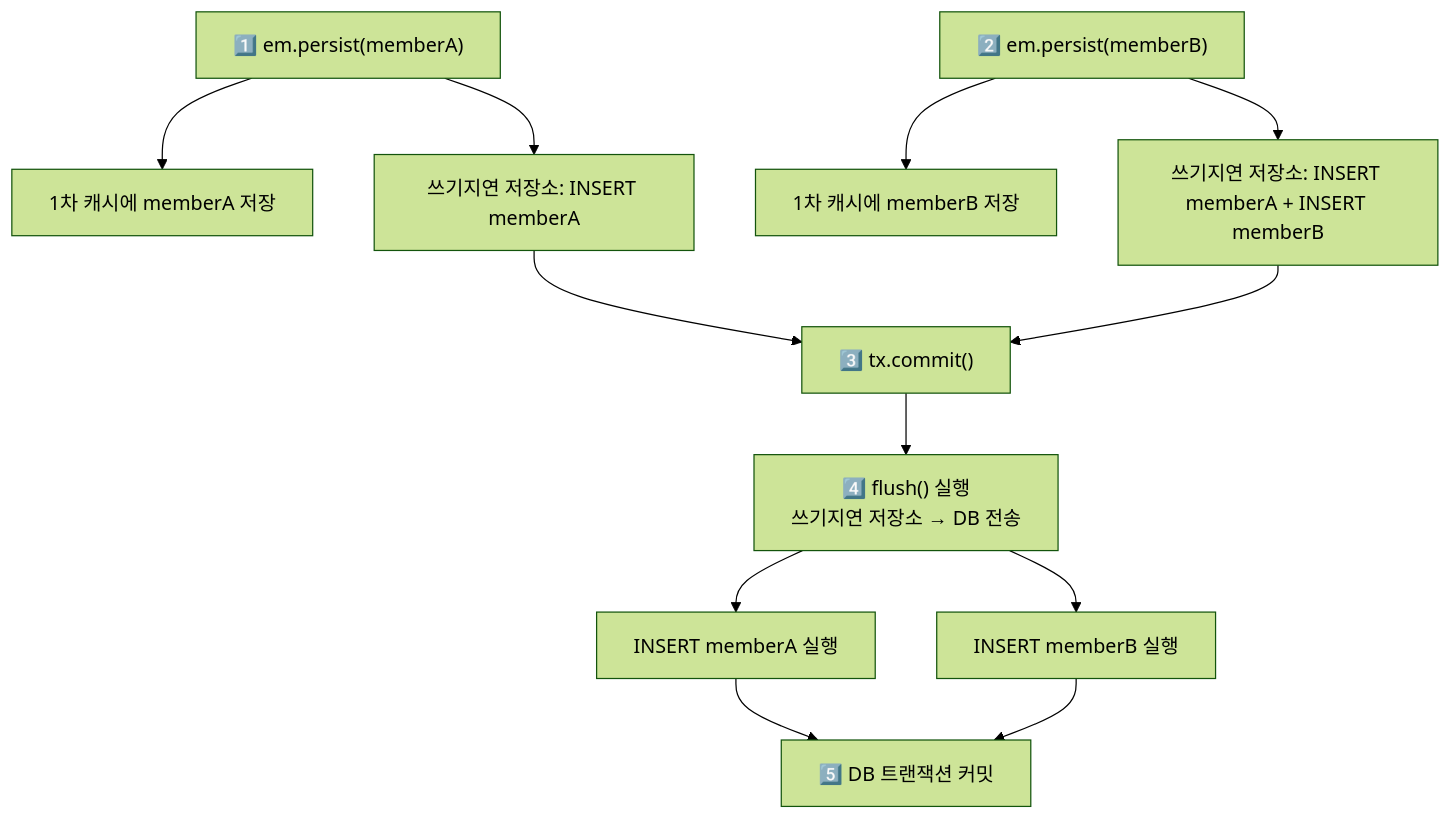
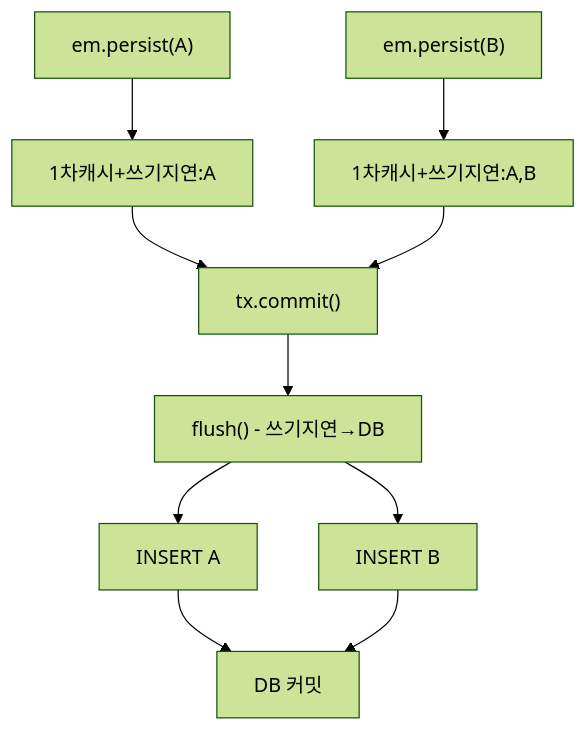
The fourth of 10 diagrams in _posts/jpa/2026-05-01-jpa-fundamentals.md (yjkim2015/yjkim2015.github.io), drawn with Mermaid (forest theme) before and after one commit. The commit also changed other lines of this file and 215 other files, not shown here.

First line of the commit message:
신규 포스트 10개 추가 + Mermaid 전면 축소 + SystemDesign 시리즈 보강

````diff
--- a/_posts/jpa/2026-05-01-jpa-fundamentals.md
+++ b/_posts/jpa/2026-05-01-jpa-fundamentals.md
@@ -172,22 +147,9 @@
 ```mermaid
 graph TD
-    PA["1️⃣ em.persist(memberA)"]
-    PB["2️⃣ em.persist(memberB)"]
-    PA1["1차 캐시에 memberA 저장"]
-    PA2["쓰기지연 저장소: INSERT memberA"]
-    PB1["1차 캐시에 memberB 저장"]
-    PB2["쓰기지연 저장소: INSERT memberA + INSERT memberB"]
-    TC["3️⃣ tx.commit()"]
-    FL["4️⃣ flush() 실행\n쓰기지연 저장소 → DB 전송"]
-    DB1["INSERT memberA 실행"]
-    DB2["INSERT memberB 실행"]
-    CM["5️⃣ DB 트랜잭션 커밋"]
-
-    PA --> PA1 & PA2
-    PB --> PB1 & PB2
-    PA2 --> TC
-    PB2 --> TC
-    TC --> FL
-    FL --> DB1 & DB2
-    DB1 & DB2 --> CM
+    PA["em.persist(A)"] --> CA["1차캐시+쓰기지연:A"]
+    PB["em.persist(B)"] --> CB["1차캐시+쓰기지연:A,B"]
+    CA & CB --> TC["tx.commit()"]
+    TC --> FL["flush() - 쓰기지연→DB"]
+    FL --> DB1["INSERT A"] & DB2["INSERT B"]
+    DB1 & DB2 --> CM["DB 커밋"]
 ```
````
